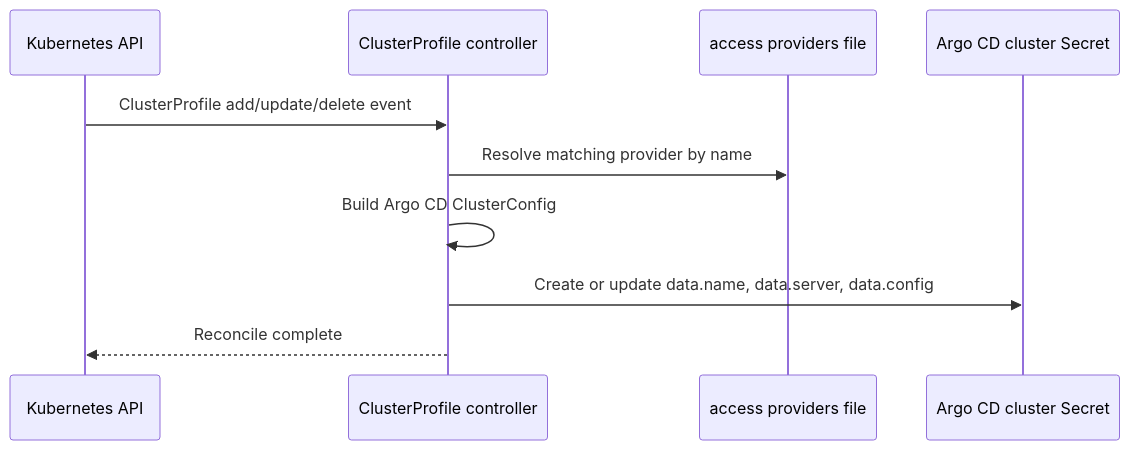
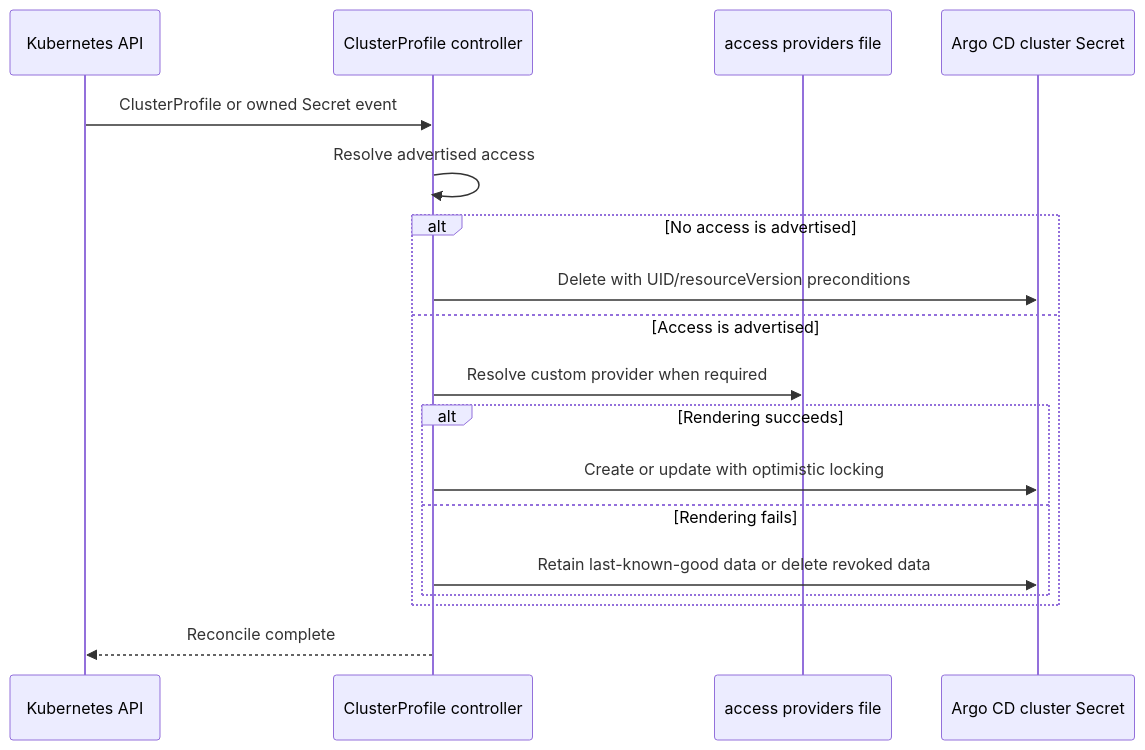
Before and after one commit to argoproj-labs/clusterprofile-integration-for-argocd: the second of 3 diagrams in docs/ARCHITECTURE.md, drawn with Mermaid. The commit also changed other lines of this file and 7 other files, not shown here.

Commit message:
feat: harden generated cluster Secret lifecycle

````diff
--- a/docs/ARCHITECTURE.md
+++ b/docs/ARCHITECTURE.md
@@ -50,13 +50,21 @@
 ```mermaid
 sequenceDiagram
     participant KubeAPI as Kubernetes API
     participant CPController as ClusterProfile controller
     participant ProviderFile as access providers file
     participant Secret as Argo CD cluster Secret
 
-    KubeAPI->>CPController: ClusterProfile add/update/delete event
-    CPController->>ProviderFile: Resolve matching provider by name
-    CPController->>CPController: Build Argo CD ClusterConfig
-    CPController->>Secret: Create or update data.name, data.server, data.config
+    KubeAPI->>CPController: ClusterProfile or owned Secret event
+    CPController->>CPController: Resolve advertised access
+    alt No access is advertised
+        CPController->>Secret: Delete with UID/resourceVersion preconditions
+    else Access is advertised
+        CPController->>ProviderFile: Resolve custom provider when required
+        alt Rendering succeeds
+            CPController->>Secret: Create or update with optimistic locking
+        else Rendering fails
+            CPController->>Secret: Retain last-known-good data or delete revoked data
+        end
+    end
     CPController-->>KubeAPI: Reconcile complete
 ```
````
